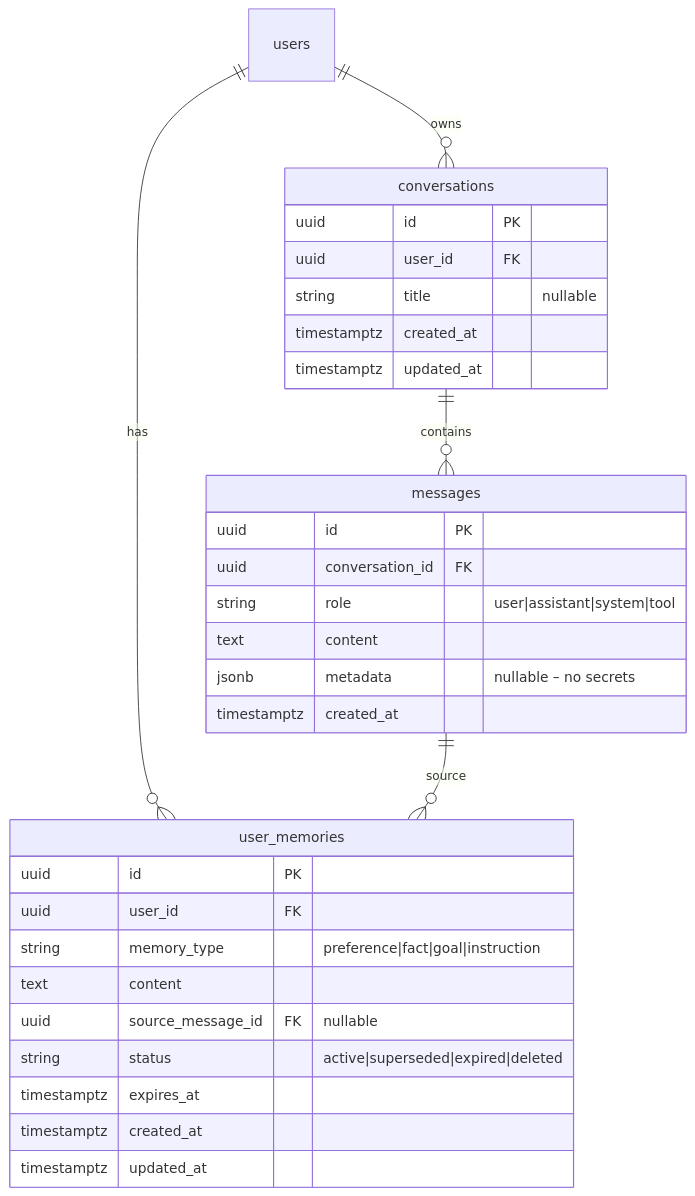
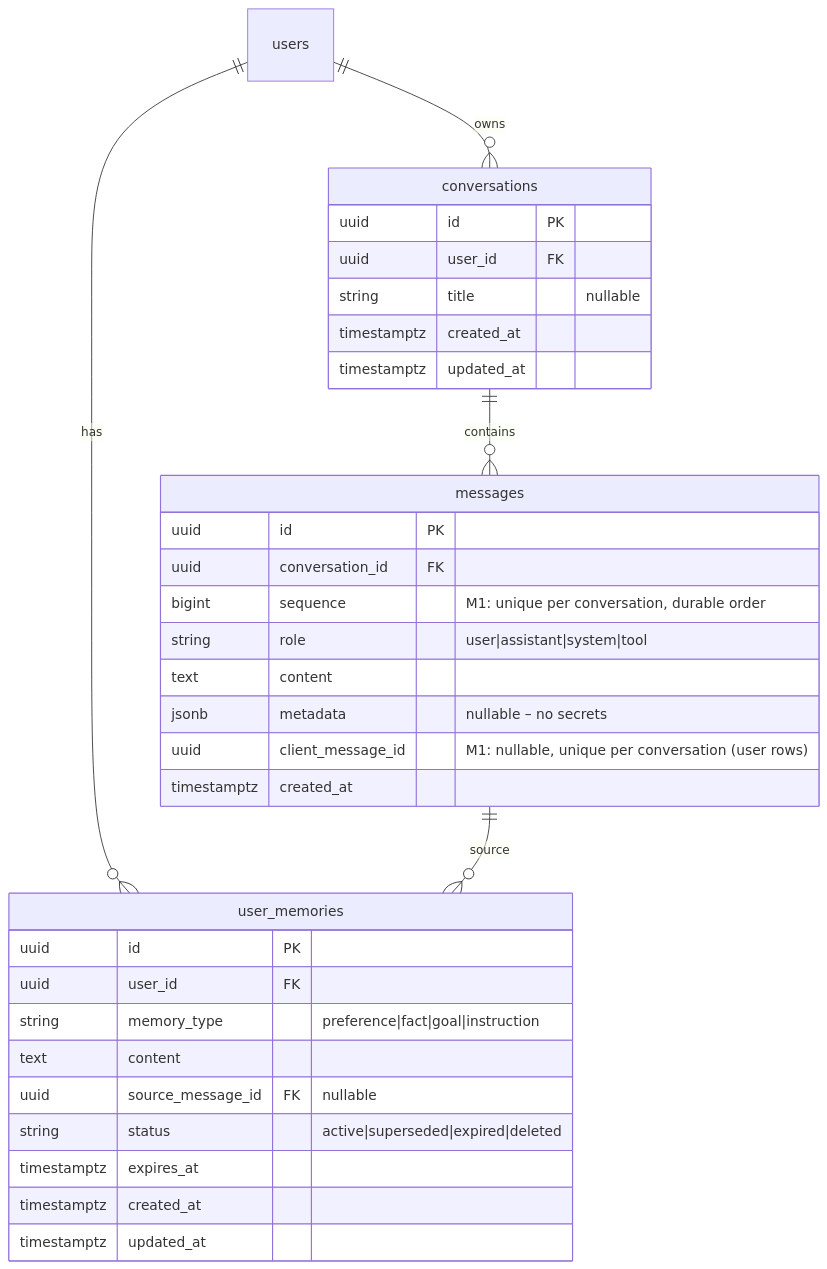
The third of 5 diagrams in docs/ERD.md (lancelotviendangkhoa710/KnowledgeHub_website), drawn with Mermaid before and after one commit. The commit also changed 11 other files, not shown here.

````diff
--- a/docs/ERD.md
+++ b/docs/ERD.md
@@ -113,33 +113,35 @@
 ```mermaid
 erDiagram
     conversations {
         uuid id PK
         uuid user_id FK
         string title "nullable"
         timestamptz created_at
         timestamptz updated_at
     }
     messages {
         uuid id PK
         uuid conversation_id FK
+        bigint sequence "M1: unique per conversation, durable order"
         string role "user|assistant|system|tool"
         text content
         jsonb metadata "nullable – no secrets"
+        uuid client_message_id "M1: nullable, unique per conversation (user rows)"
         timestamptz created_at
     }
     user_memories {
         uuid id PK
         uuid user_id FK
         string memory_type "preference|fact|goal|instruction"
         text content
         uuid source_message_id FK "nullable"
         string status "active|superseded|expired|deleted"
         timestamptz expires_at
         timestamptz created_at
         timestamptz updated_at
     }
     users ||--o{ conversations : "owns"
     conversations ||--o{ messages : "contains"
     users ||--o{ user_memories : "has"
     messages ||--o{ user_memories : "source"
 ```
````
